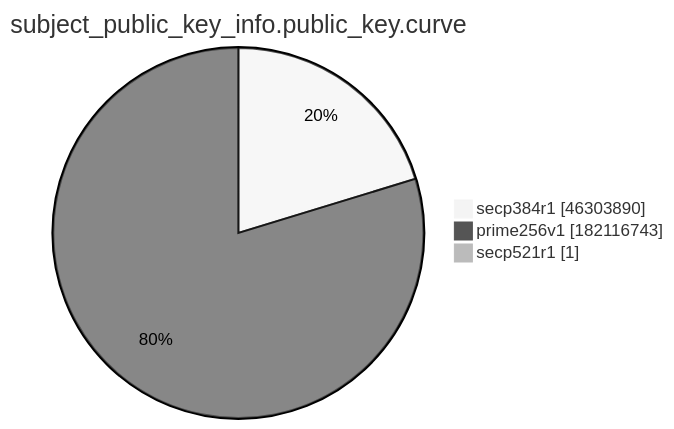
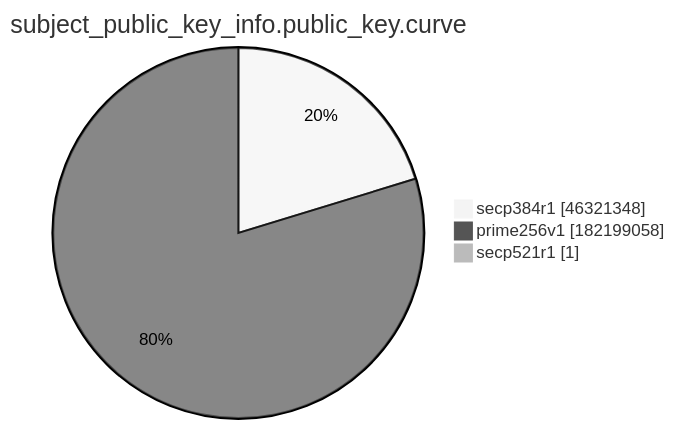
Before and after one commit to christiankrug/ctmonitor_visualization: the ninth of 15 diagrams in xenon2022/README.md, drawn with Mermaid (neutral theme). The commit also changed other lines of this file, not shown here.

````diff
--- a/xenon2022/README.md
+++ b/xenon2022/README.md
@@ -2874,7 +2874,7 @@
 ```mermaid
 pie showData
 title subject_public_key_info.public_key.curve
-"secp384r1" :46303890
-"prime256v1" :182116743
+"secp384r1" :46321348
+"prime256v1" :182199058
 "secp521r1" :1
 ```
````
